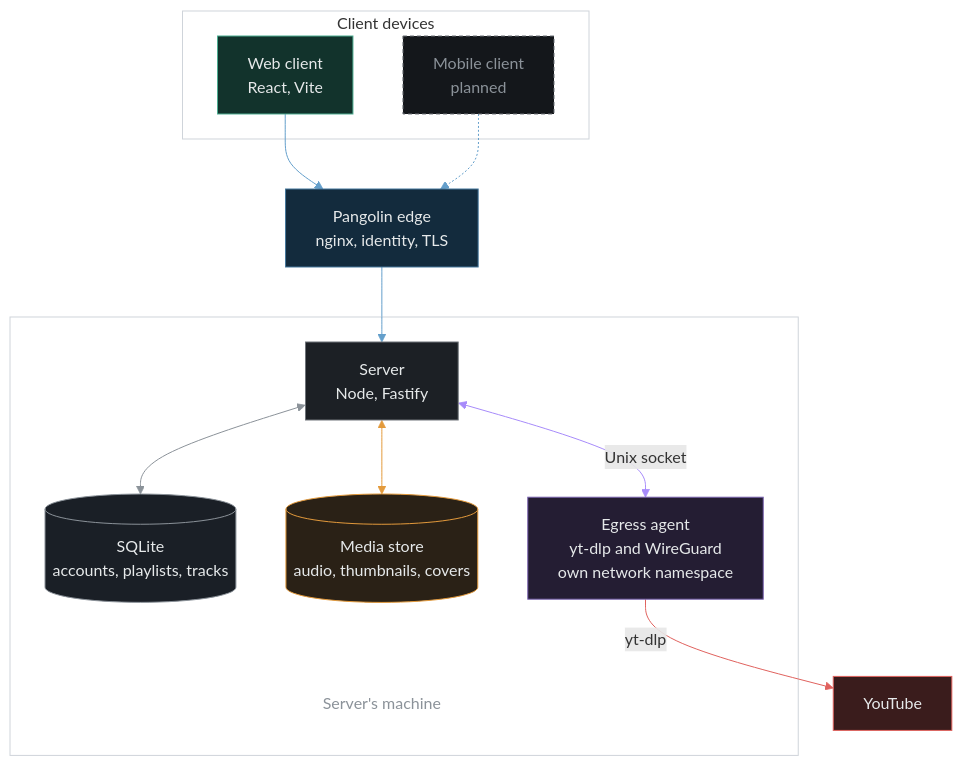
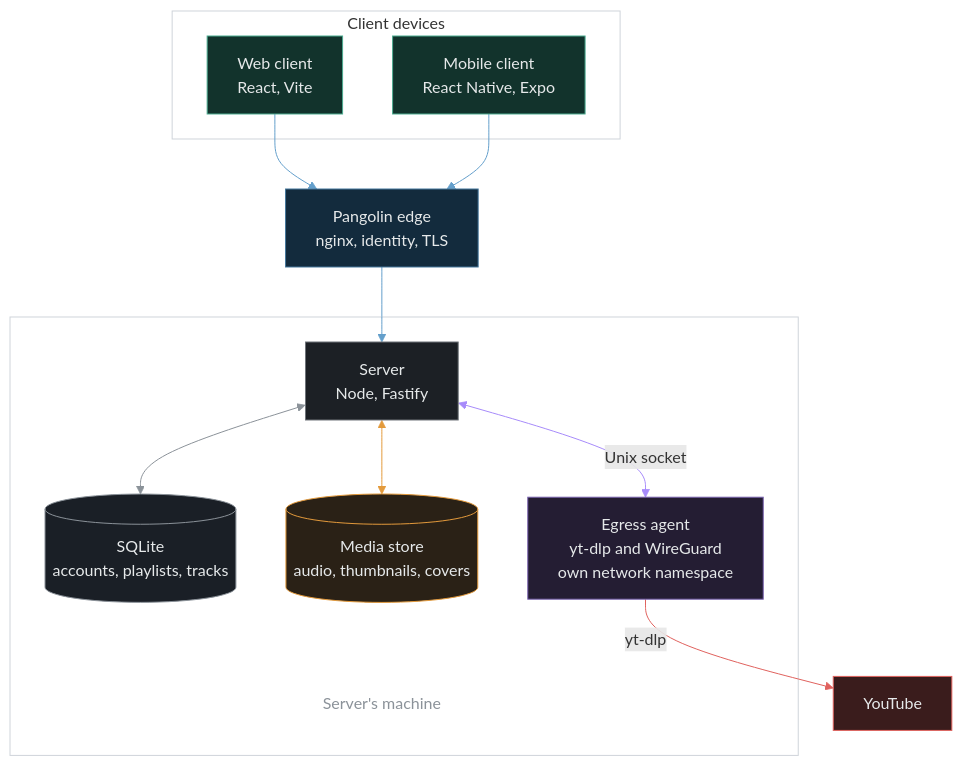
One commit to KarimGhallab/PlayLiberty changed the diagram in README.md. Above: the diagram before and after it, drawn with Mermaid. The commit also changed other lines of this file and 30 other files, not shown here.

````diff
--- a/README.md
+++ b/README.md
@@ -31,57 +31,56 @@
 ```mermaid
 flowchart TB
   subgraph devices["Client devices"]
     web["Web client<br/>React, Vite"]
-    mobile["Mobile client<br/>planned"]
+    mobile["Mobile client<br/>React Native, Expo"]
   end
 
   edge["Pangolin edge<br/>nginx, identity, TLS"]
 
   subgraph host[" "]
     server["Server<br/>Node, Fastify"]
     db[("SQLite<br/>accounts, playlists, tracks")]
     media[("Media store<br/>audio, thumbnails, covers")]
     agent["Egress agent<br/>yt-dlp and WireGuard<br/>own network namespace"]
     %% A node, not the subgraph title: the title sat where the edge arrow enters.
     hostName["Server's machine"]:::hostLabel
   end
 
   youtube["YouTube"]
 
   web --> edge
-  mobile -.-> edge
+  mobile --> edge
   edge --> server
   server <--> db
   server <--> media
   server <-->|Unix socket| agent
   media ~~~ hostName
   agent -->|yt-dlp| youtube
 
   classDef client fill:#12332c,stroke:#4cac90,color:#e6e9ea
   classDef edgeRole fill:#132b3d,stroke:#44779c,color:#e6e9ea
   classDef serverRole fill:#1c2025,stroke:#6e7379,color:#e6e9ea
   classDef database fill:#1a1f26,stroke:#8b9299,color:#e6e9ea
   classDef mediaRole fill:#2a2116,stroke:#e39a3c,color:#e6e9ea
   classDef egress fill:#241d33,stroke:#7a63b0,color:#e6e9ea
   classDef source fill:#3a1c1c,stroke:#e0625e,color:#e6e9ea
-  classDef planned fill:#14171b,stroke:#6e7379,color:#8b9299,stroke-dasharray:4 3
   classDef hostLabel fill:transparent,stroke:transparent,color:#8b9299
 
   style devices fill:transparent,stroke:#cfd4da
   style host fill:transparent,stroke:#cfd4da
 
   class web client
-  class mobile planned
+  class mobile client
   class edge edgeRole
   class server serverRole
   class db database
   class media mediaRole
   class agent egress
   class youtube source
 
   linkStyle 0,1,2 stroke:#649fcb
   linkStyle 3 stroke:#8b9299
   linkStyle 4 stroke:#e39a3c
   linkStyle 5 stroke:#a78bfa
   linkStyle 7 stroke:#e0625e
 ```
````
